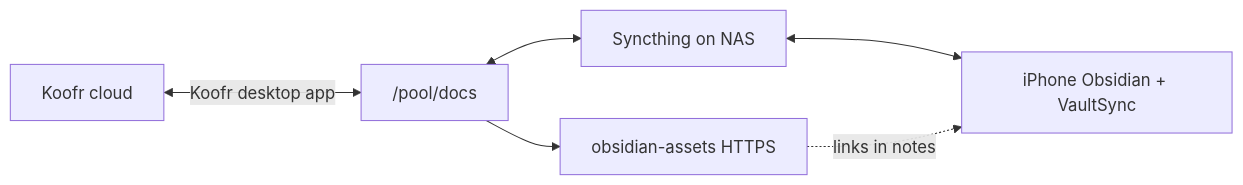
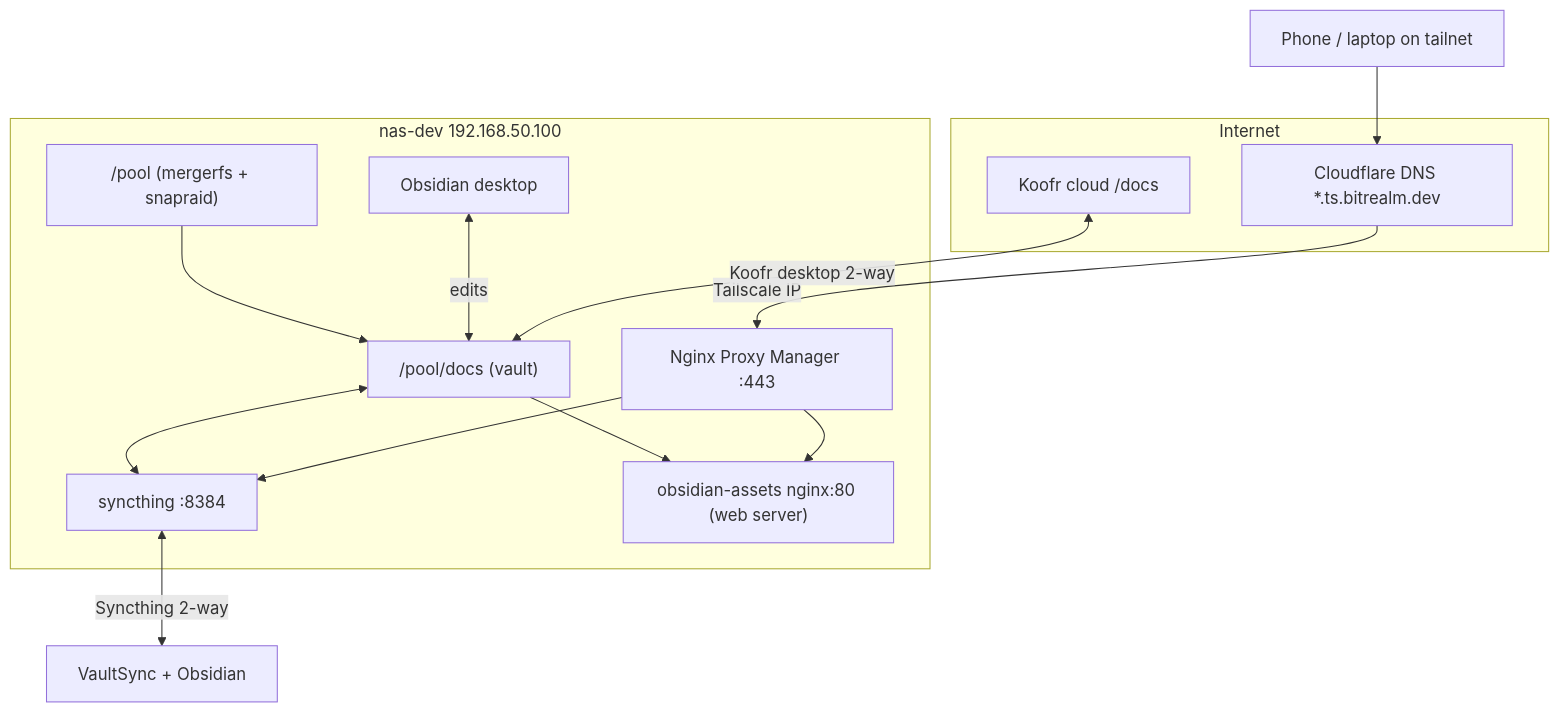
One commit to mbeisser1/homelab changed the diagram in docs/obsidian.md. Above: the diagram before and after it, drawn with Mermaid. The commit also changed other lines of this file and 1 other file, not shown here.

First line of the commit message:
Expand Obsidian docs with NAS network architecture and add sermon rename script.

````diff
--- a/docs/obsidian.md
+++ b/docs/obsidian.md
@@ -13,14 +45,35 @@
 ```mermaid
-flowchart LR
-    koofr[Koofr cloud]
-    nas["/pool/docs"]
-    sync[Syncthing on NAS]
-    phone[iPhone Obsidian + VaultSync]
-    assets[obsidian-assets HTTPS]
+flowchart TB
+    subgraph internet [Internet]
+        koofrCloud[Koofr cloud /docs]
+        tsDNS["Cloudflare DNS *.ts.bitrealm.dev"]
+    end
 
-    koofr <-->|Koofr desktop app| nas
-    nas <--> sync
-    sync <--> phone
-    nas --> assets
-    assets -.->|links in notes| phone
+    remoteClient[Phone / laptop on tailnet]
+
+    subgraph nasDev [nas-dev 192.168.50.100]
+        pool["/pool (mergerfs + snapraid)"]
+        poolDocs["/pool/docs (vault)"]
+        pool --> poolDocs
+
+        obsidianApp[Obsidian desktop]
+
+        npm[Nginx Proxy Manager :443]
+        syncthing[syncthing :8384]
+        obsAssets["obsidian-assets nginx:80 (web server)"]
+
+        obsidianApp <-->|edits| poolDocs
+        poolDocs --> obsAssets
+        poolDocs <--> syncthing
+
+        npm --> syncthing
+        npm --> obsAssets
+    end
+
+    iPhone[VaultSync + Obsidian]
+
+    remoteClient --> tsDNS
+    tsDNS -->|Tailscale IP| npm
+    koofrCloud <-->|Koofr desktop 2-way| poolDocs
+    syncthing <-->|Syncthing 2-way| iPhone
 ```
````
